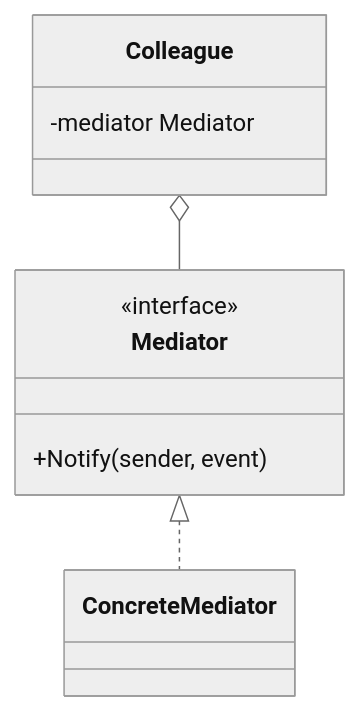
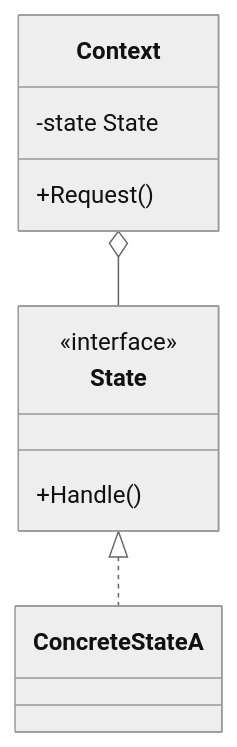
One commit to sokoide/design-patterns changed the second of 3 diagrams in book/05_day5_behavioral_3.md. Above: the diagram before and after it, drawn with Mermaid (neutral theme). The commit also changed other lines of this file and 13 other files, not shown here.

````diff
--- a/book/05_day5_behavioral_3.md
+++ b/book/05_day5_behavioral_3.md
@@ -81,12 +79,13 @@
 ```mermaid
 classDiagram
-    class Mediator {
+    class Context {
+        -state State
+        +Request()
+    }
+    class State {
         <<interface>>
-        +Notify(sender, event)
+        +Handle()
     }
-    class Colleague {
-        -mediator Mediator
-    }
-    Mediator <|.. ConcreteMediator
-    Colleague o-- Mediator
+    Context o-- State
+    State <|.. ConcreteStateA
 ```
````
